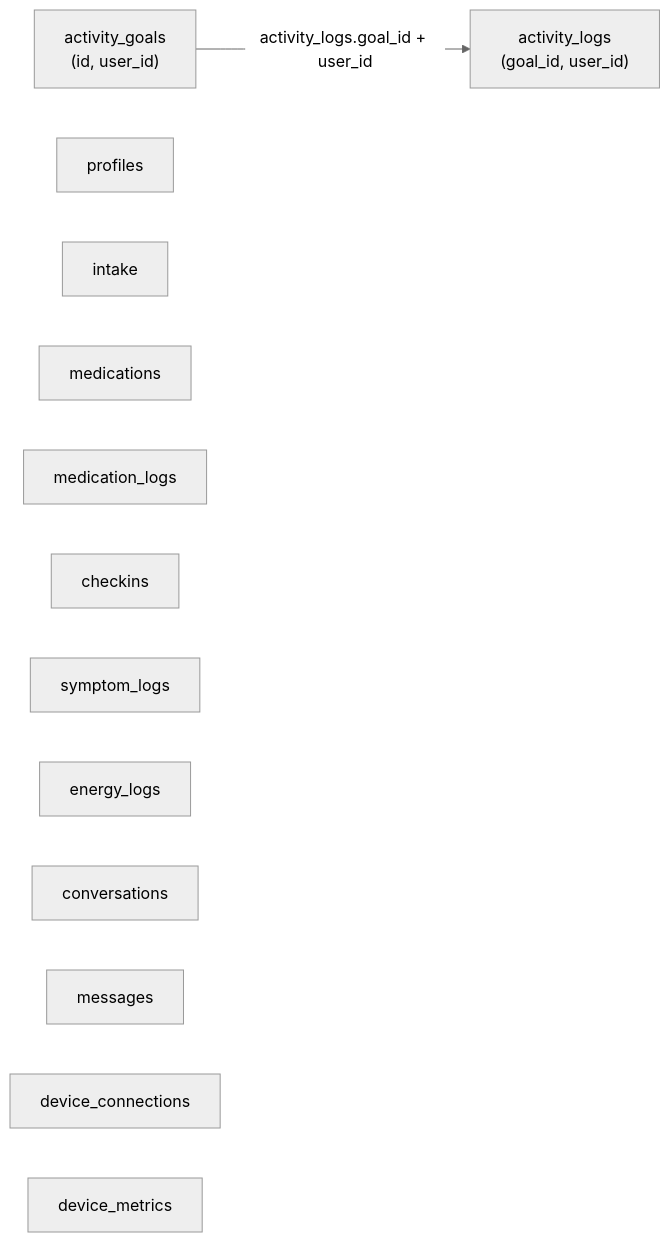
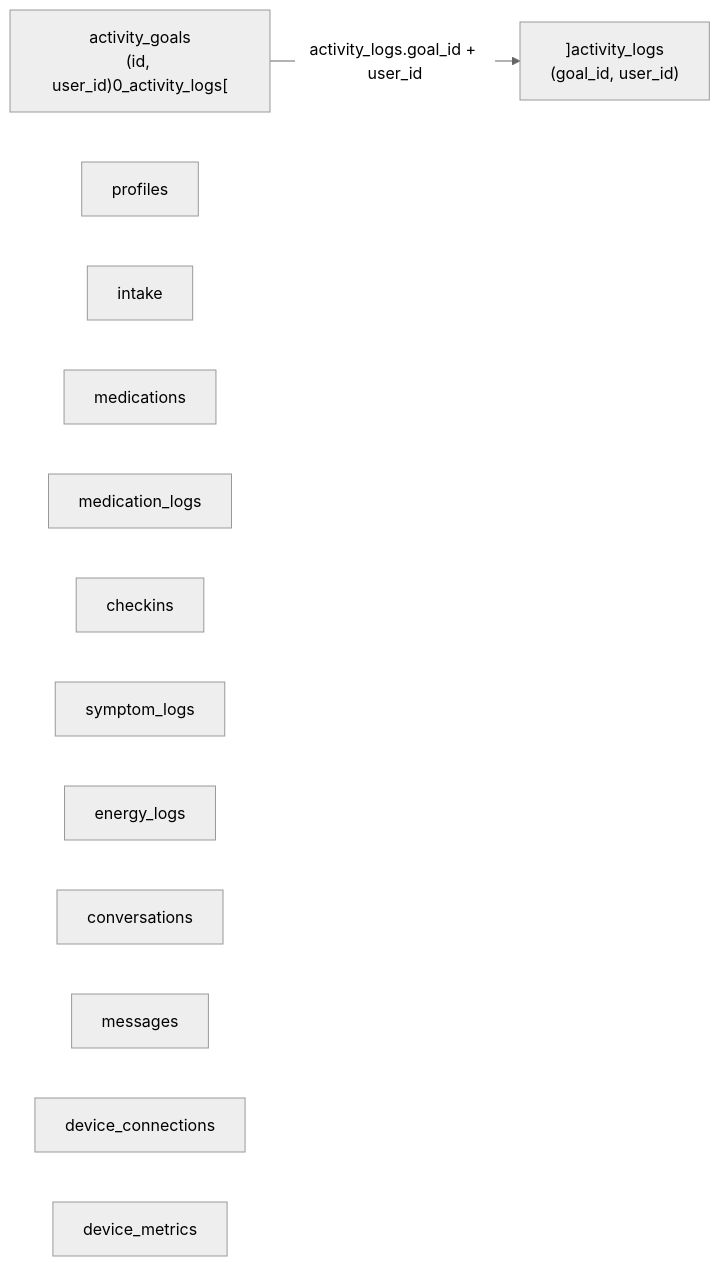
One commit to jarrettheflin/immune-fit-Devin-Wiki changed the first of 4 diagrams in pages/2.3-database-schema-rls-migrations.md. Above: the diagram before and after it, drawn with Mermaid (neutral theme). The commit also changed other lines of this file and 22 other files, not shown here.

Commit message:
Repair Mermaid syntax so all 67 diagrams render on GitHub

````diff
--- a/pages/2.3-database-schema-rls-migrations.md
+++ b/pages/2.3-database-schema-rls-migrations.md
@@ -62,15 +62,15 @@
 ```mermaid
 flowchart LR
-  activity_goals["activity_goals\n(id, user_id)"] -->|"activity_logs.goal_id + user_id"| activity_logs["activity_logs\n(goal_id, user_id)"]
+  activity_goals["activity_goals\n(id, user_id)0_activity_logs["] -->|"activity_logs.goal_id + user_id"| activity_logs["]activity_logs\n(goal_id, user_id)"]
   profiles["profiles"]
   intake["intake"]
   medications["medications"]
   medication_logs["medication_logs"]
   checkins["checkins"]
   symptom_logs["symptom_logs"]
   energy_logs["energy_logs"]
   conversations["conversations"]
   messages["messages"]
   device_connections["device_connections"]
   device_metrics["device_metrics"]
 ```
````
